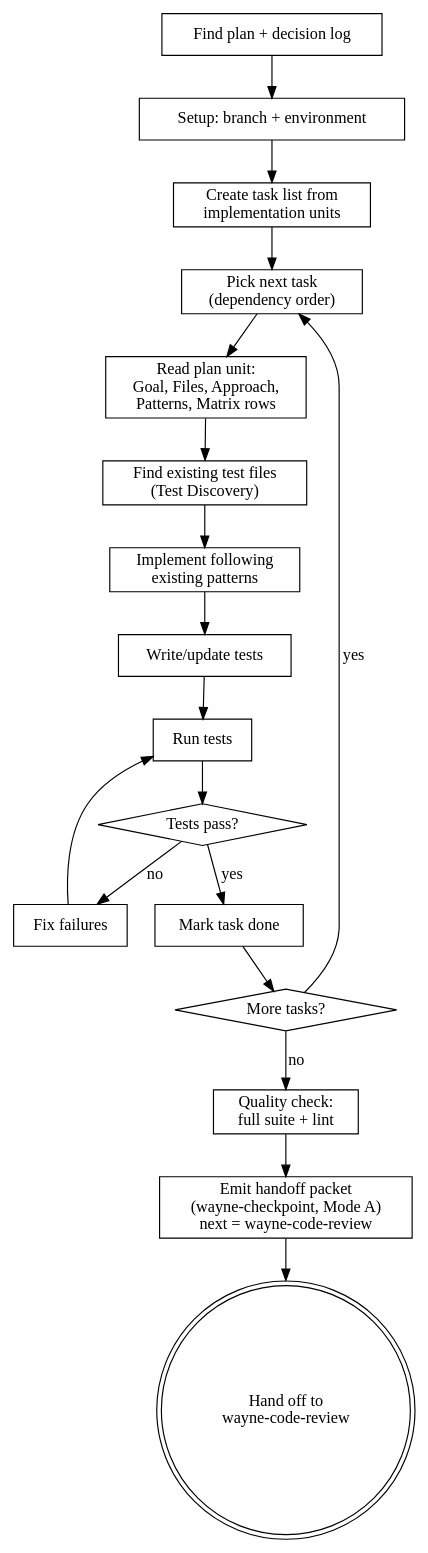
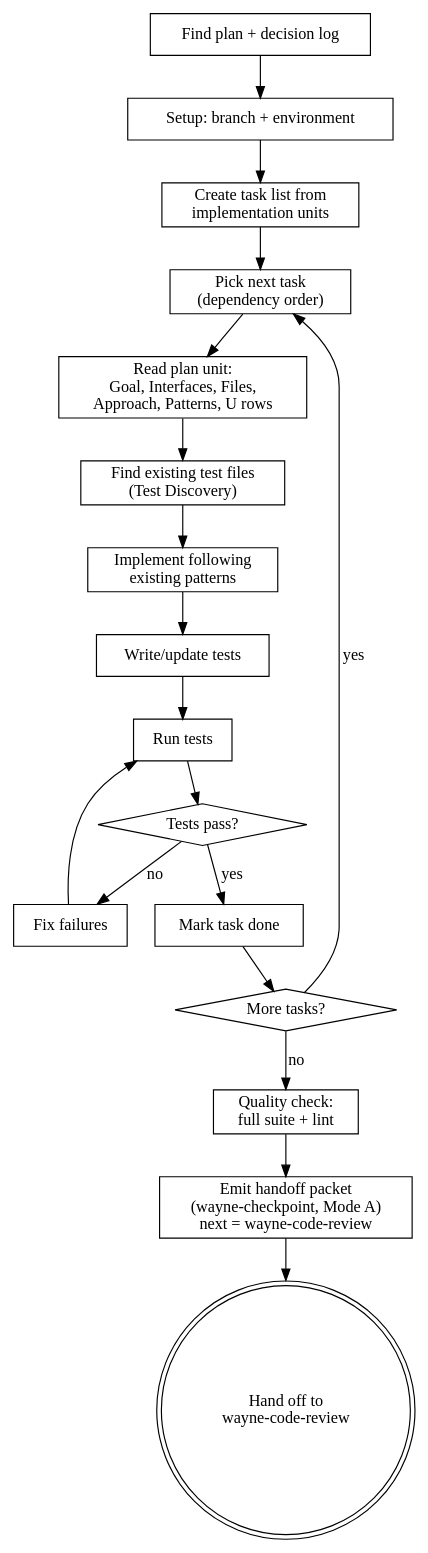
Before and after one commit to waynejing995/wayne-taste: the first of 2 diagrams in wayne-work/SKILL.md, drawn with Graphviz. The commit also changed other lines of this file and 3 other files, not shown here.

First line of the commit message:
refactor: split E/U test-matrix authorship; lock U rows to plan units

````diff
--- a/wayne-work/SKILL.md
+++ b/wayne-work/SKILL.md
@@ -41,40 +41,40 @@
 ```dot
 digraph work {
     rankdir=TB;
 
     "Find plan + decision log" [shape=box];
     "Setup: branch + environment" [shape=box];
     "Create task list from\nimplementation units" [shape=box];
     "Pick next task\n(dependency order)" [shape=box];
-    "Read plan unit:\nGoal, Files, Approach,\nPatterns, Matrix rows" [shape=box];
+    "Read plan unit:\nGoal, Interfaces, Files,\nApproach, Patterns, U rows" [shape=box];
     "Find existing test files\n(Test Discovery)" [shape=box];
     "Implement following\nexisting patterns" [shape=box];
     "Write/update tests" [shape=box];
     "Run tests" [shape=box];
     "Tests pass?" [shape=diamond];
     "Fix failures" [shape=box];
     "Mark task done" [shape=box];
     "More tasks?" [shape=diamond];
     "Quality check:\nfull suite + lint" [shape=box];
     "Emit handoff packet\n(wayne-checkpoint, Mode A)\nnext = wayne-code-review" [shape=box];
     "Hand off to\nwayne-code-review" [shape=doublecircle];
 
     "Find plan + decision log" -> "Setup: branch + environment";
     "Setup: branch + environment" -> "Create task list from\nimplementation units";
     "Create task list from\nimplementation units" -> "Pick next task\n(dependency order)";
-    "Pick next task\n(dependency order)" -> "Read plan unit:\nGoal, Files, Approach,\nPatterns, Matrix rows";
-    "Read plan unit:\nGoal, Files, Approach,\nPatterns, Matrix rows" -> "Find existing test files\n(Test Discovery)";
+    "Pick next task\n(dependency order)" -> "Read plan unit:\nGoal, Interfaces, Files,\nApproach, Patterns, U rows";
+    "Read plan unit:\nGoal, Interfaces, Files,\nApproach, Patterns, U rows" -> "Find existing test files\n(Test Discovery)";
     "Find existing test files\n(Test Discovery)" -> "Implement following\nexisting patterns";
     "Implement following\nexisting patterns" -> "Write/update tests";
     "Write/update tests" -> "Run tests";
     "Run tests" -> "Tests pass?";
     "Tests pass?" -> "Mark task done" [label="yes"];
     "Tests pass?" -> "Fix failures" [label="no"];
     "Fix failures" -> "Run tests";
     "Mark task done" -> "More tasks?";
     "More tasks?" -> "Pick next task\n(dependency order)" [label="yes"];
     "More tasks?" -> "Quality check:\nfull suite + lint" [label="no"];
     "Quality check:\nfull suite + lint" -> "Emit handoff packet\n(wayne-checkpoint, Mode A)\nnext = wayne-code-review";
     "Emit handoff packet\n(wayne-checkpoint, Mode A)\nnext = wayne-code-review" -> "Hand off to\nwayne-code-review";
 }
 ```
````
